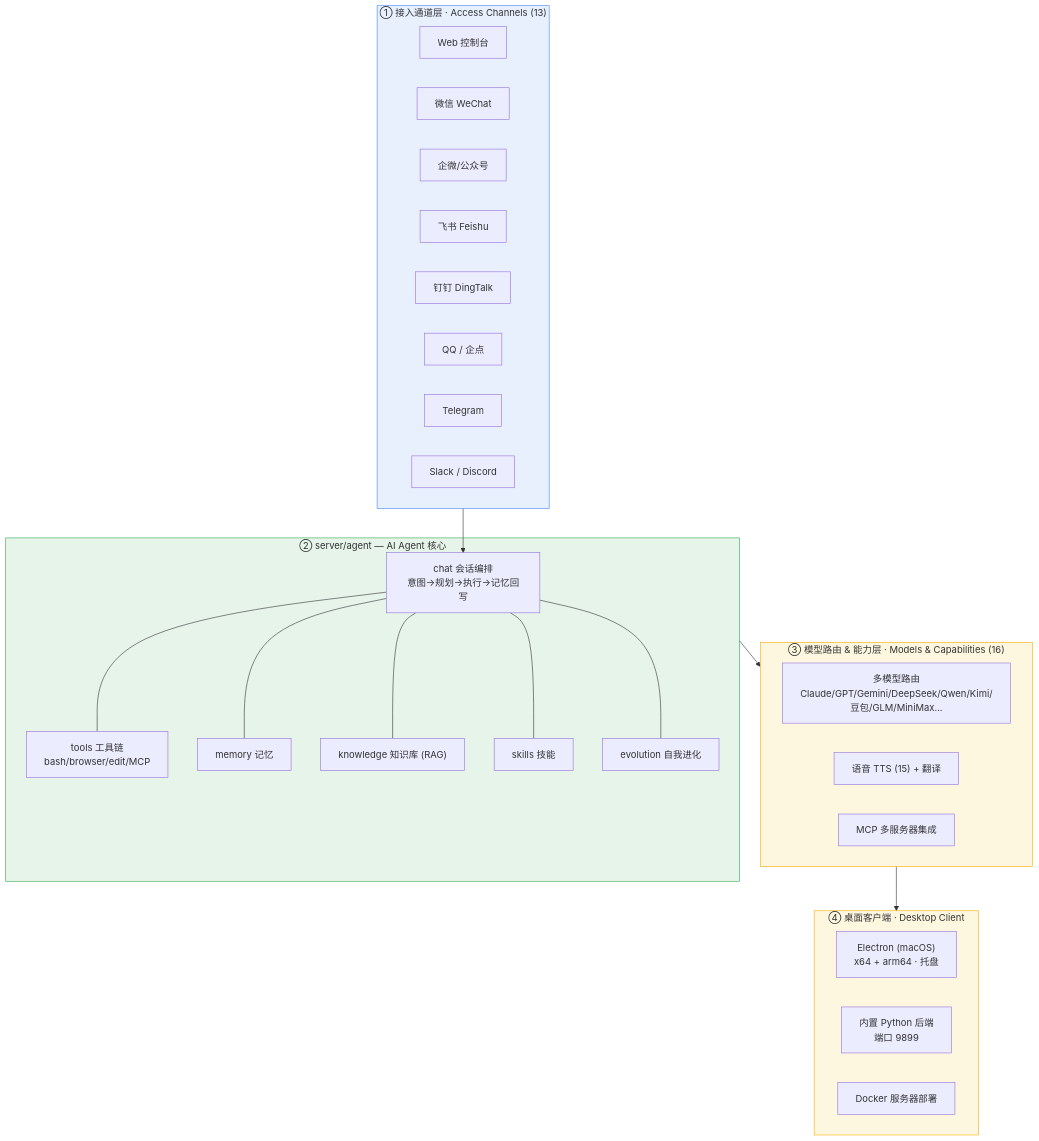
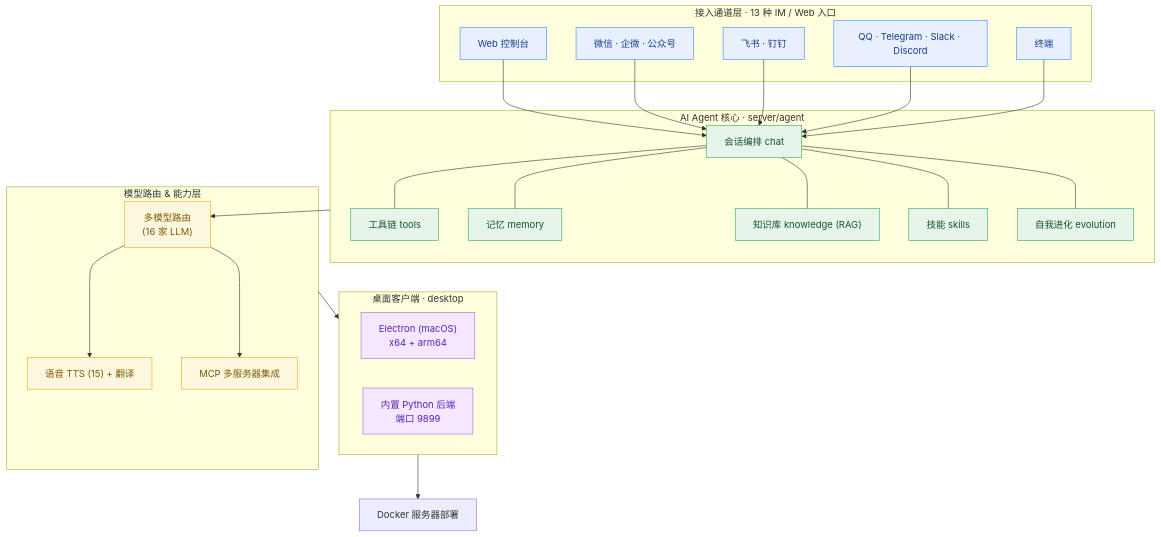
The diagram in README.md (gzwebsj-163/Velthyn), drawn with Mermaid before and after one commit. The commit also changed other lines of this file, not shown here.

Commit message:
Optimize Architecture Overview section: cleaner mermaid diagram, remove duplicate PNG embed

````diff
--- a/README.md
+++ b/README.md
@@ -26,44 +28,46 @@
 ```mermaid
 flowchart TB
-    subgraph CH["① 接入通道层 · Access Channels (13)"]
-        CH_WEB["Web 控制台"]
-        CH_WX["微信 WeChat"]
-        CH_COM["企微/公众号"]
-        CH_FS["飞书 Feishu"]
-        CH_DT["钉钉 DingTalk"]
-        CH_QQ["QQ / 企点"]
-        CH_TG["Telegram"]
-        CH_SL["Slack / Discord"]
+    subgraph CH["接入通道层 · 13 种 IM / Web 入口"]
+        CH1["Web 控制台"]
+        CH2["微信 · 企微 · 公众号"]
+        CH3["飞书 · 钉钉"]
+        CH4["QQ · Telegram · Slack · Discord"]
+        CH5["终端"]
     end
 
-    subgraph AG["② server/agent — AI Agent 核心"]
-        ORCH["chat 会话编排<br/>意图→规划→执行→记忆回写"]
-        TOOLS["tools 工具链<br/>bash/browser/edit/MCP"]
-        MEM["memory 记忆"]
-        KNOW["knowledge 知识库 (RAG)"]
-        SK["skills 技能"]
-        EVO["evolution 自我进化"]
-        ORCH --- TOOLS & MEM & KNOW & SK & EVO
+    subgraph AG["AI Agent 核心 · server/agent"]
+        O["会话编排 chat"]
+        T["工具链 tools"]
+        M["记忆 memory"]
+        K["知识库 knowledge (RAG)"]
+        S["技能 skills"]
+        E["自我进化 evolution"]
+        O --- T & M & K & S & E
     end
 
-    subgraph CP["③ 模型路由 & 能力层 · Models & Capabilities (16)"]
-        MODELS["多模型路由<br/>Claude/GPT/Gemini/DeepSeek/Qwen/Kimi/豆包/GLM/MiniMax..."]
-        VOICE["语音 TTS (15) + 翻译"]
-        MCP["MCP 多服务器集成"]
+    subgraph CB["模型路由 & 能力层"]
+        MD["多模型路由<br/>(16 家 LLM)"]
+        VC["语音 TTS (15) + 翻译"]
+        MC["MCP 多服务器集成"]
     end
 
-    subgraph CLI["④ 桌面客户端 · Desktop Client"]
-        ELECTRON["Electron (macOS)<br/>x64 + arm64 · 托盘"]
-        PYBACK["内置 Python 后端<br/>端口 9899"]
-        DOCKER["Docker 服务器部署"]
+    subgraph CL["桌面客户端 · desktop"]
+        EL["Electron (macOS)<br/>x64 + arm64"]
+        PB["内置 Python 后端<br/>端口 9899"]
     end
 
-    CH --> ORCH
-    AG --> CP
-    CP --> CLI
+    CH1 & CH2 & CH3 & CH4 & CH5 --> O
+    AG --> MD
+    MD --> VC & MC
+    CB --> CL
+    CL --> DK["Docker 服务器部署"]
 
-    classDef acc fill:#e8f0fe,stroke:#4285f4;
-    classDef core fill:#e6f4ea,stroke:#34a853;
-    classDef ext fill:#fef7e0,stroke:#f9ab00;
-    class CH acc; class AG core; class CP,CLI ext;
+    classDef ch fill:#e8f0fe,stroke:#4285f4,color:#1a3a8a;
+    classDef ag fill:#e6f4ea,stroke:#34a853,color:#14532d;
+    classDef cb fill:#fef7e0,stroke:#f9ab00,color:#7a5c00;
+    classDef cl fill:#f3e8ff,stroke:#9c6bde,color:#5b21b6;
+    class CH1,CH2,CH3,CH4,CH5 ch;
+    class O,T,M,K,S,E ag;
+    class MD,VC,MC cb;
+    class EL,PB cl;
 ```
````
